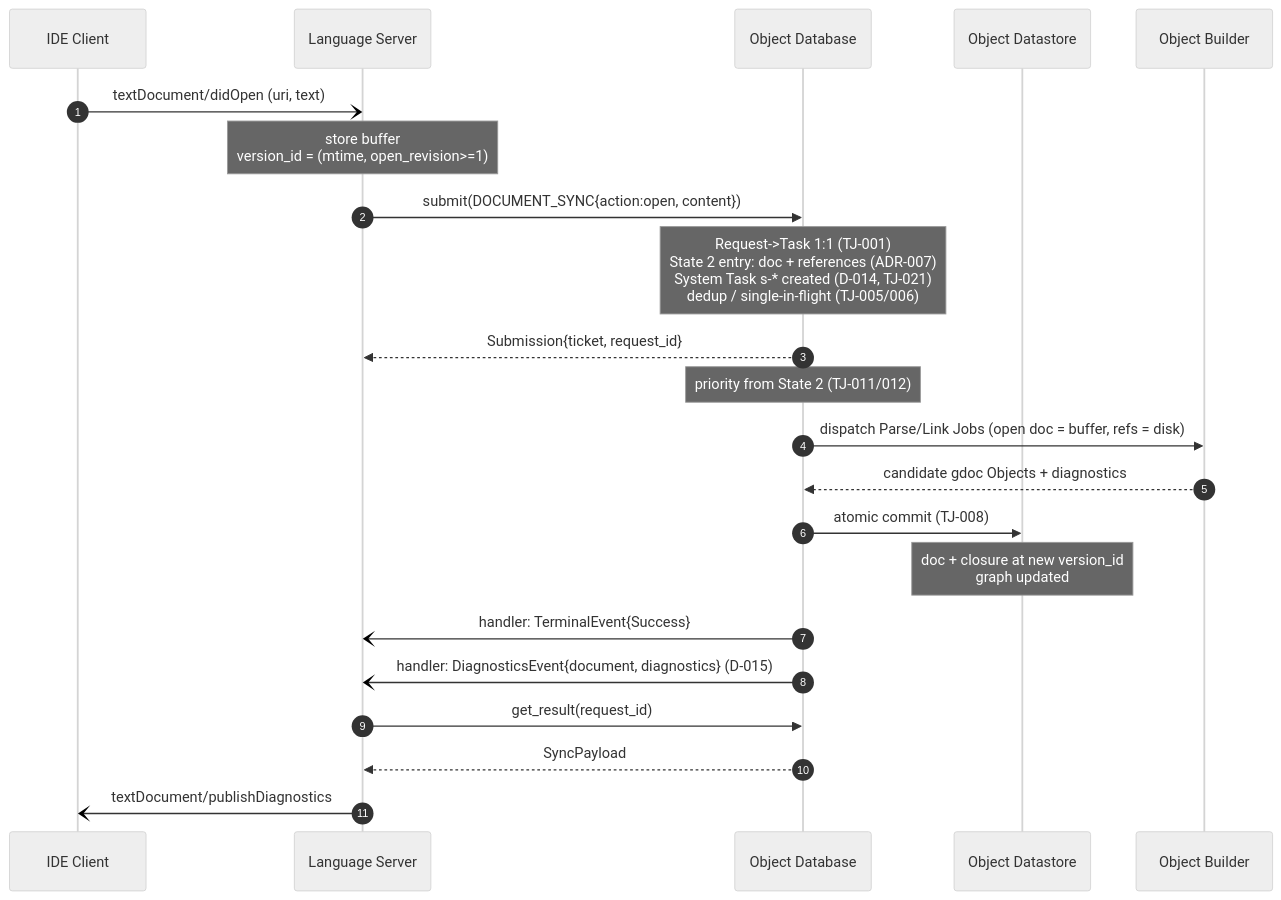
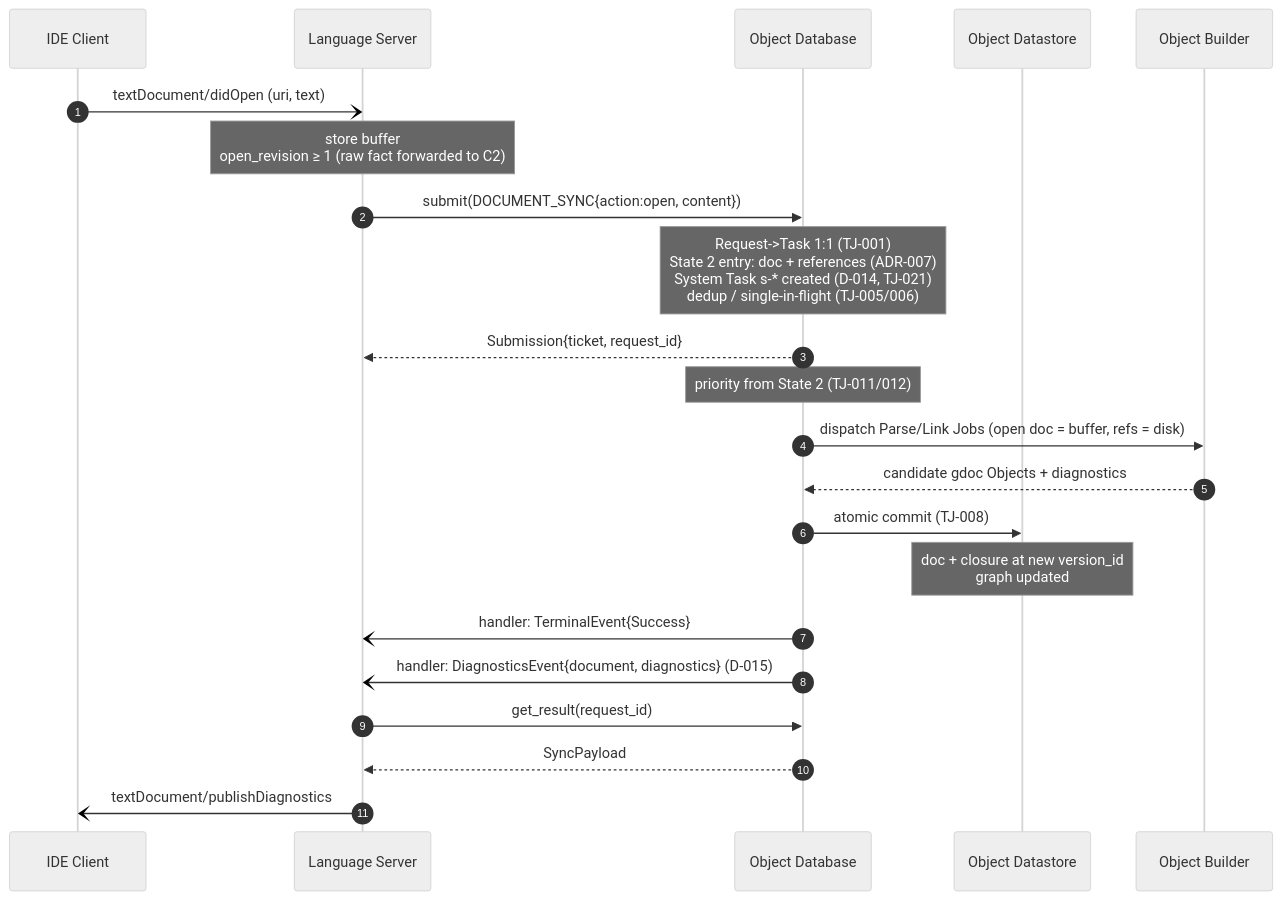
Before and after one commit to tyskdm/gdoc: the diagram in docs/architecture/gdocServer/usecases/UC-002_OpenText.md, drawn with Mermaid (neutral theme). The commit also changed other lines of this file and 5 other files, not shown here.

First line of the commit message:
docs: version_id owned & composed by C2 (Cut A) - C1 forwards raw sync facts

````diff
--- a/docs/architecture/gdocServer/usecases/UC-002_OpenText.md
+++ b/docs/architecture/gdocServer/usecases/UC-002_OpenText.md
@@ -184,25 +184,25 @@
 ```mermaid
 sequenceDiagram
     autonumber
     participant IDE as IDE Client
     participant C1 as Language Server
     participant C2 as Object Database
     participant C3 as Object Datastore
     participant C4 as Object Builder
 
     IDE-)C1: textDocument/didOpen (uri, text)
-    Note over C1: store buffer<br>version_id = (mtime, open_revision>=1)
+    Note over C1: store buffer<br>open_revision ≥ 1 (raw fact forwarded to C2)
     C1->>C2: submit(DOCUMENT_SYNC{action:open, content})
     Note over C2: Request->Task 1:1 (TJ-001)<br>State 2 entry: doc + references (ADR-007)<br>System Task s-* created (D-014, TJ-021)<br>dedup / single-in-flight (TJ-005/006)
     C2-->>C1: Submission{ticket, request_id}
     Note over C2: priority from State 2 (TJ-011/012)
     C2->>C4: dispatch Parse/Link Jobs (open doc = buffer, refs = disk)
     C4-->>C2: candidate gdoc Objects + diagnostics
     C2->>C3: atomic commit (TJ-008)
     Note over C3: doc + closure at new version_id<br>graph updated
     C2-)C1: handler: TerminalEvent{Success}
     C2-)C1: handler: DiagnosticsEvent{document, diagnostics} (D-015)
     C1->>C2: get_result(request_id)
     C2-->>C1: SyncPayload
     C1-)IDE: textDocument/publishDiagnostics
 ```
````
